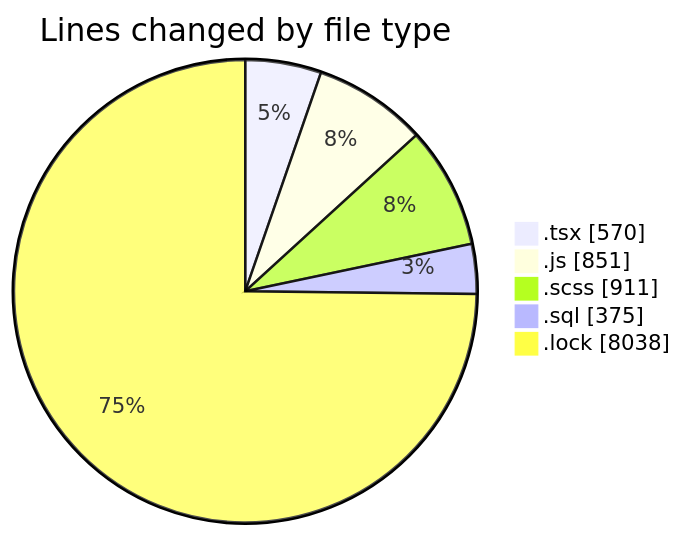
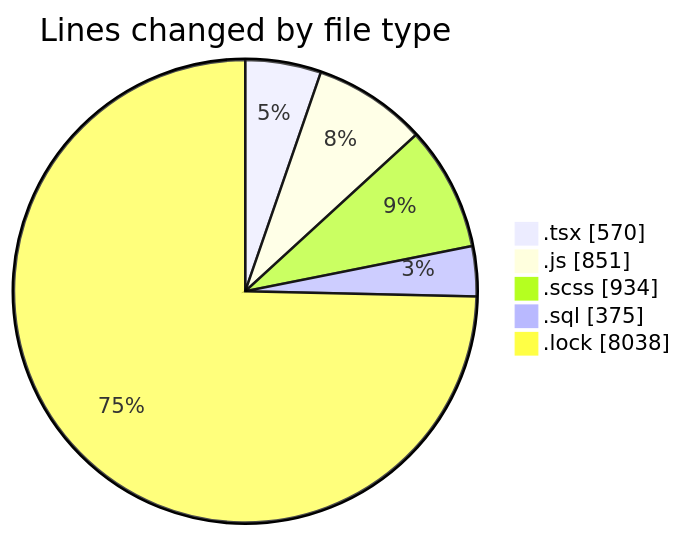
One commit to momahboobian/code-tracking changed the first of 2 diagrams in 2025-03-18/cda/README.md. Above: the diagram before and after it, drawn with Mermaid. The commit also changed other lines of this file and 1 other file, not shown here.

````diff
--- a/2025-03-18/cda/README.md
+++ b/2025-03-18/cda/README.md
@@ -30,9 +30,9 @@
 ```mermaid
 pie showData
 title Lines changed by file type
 ".tsx" : 570
 ".js" : 851
-".scss" : 911
+".scss" : 934
 ".sql" : 375
 ".lock" : 8038
 ```
````
